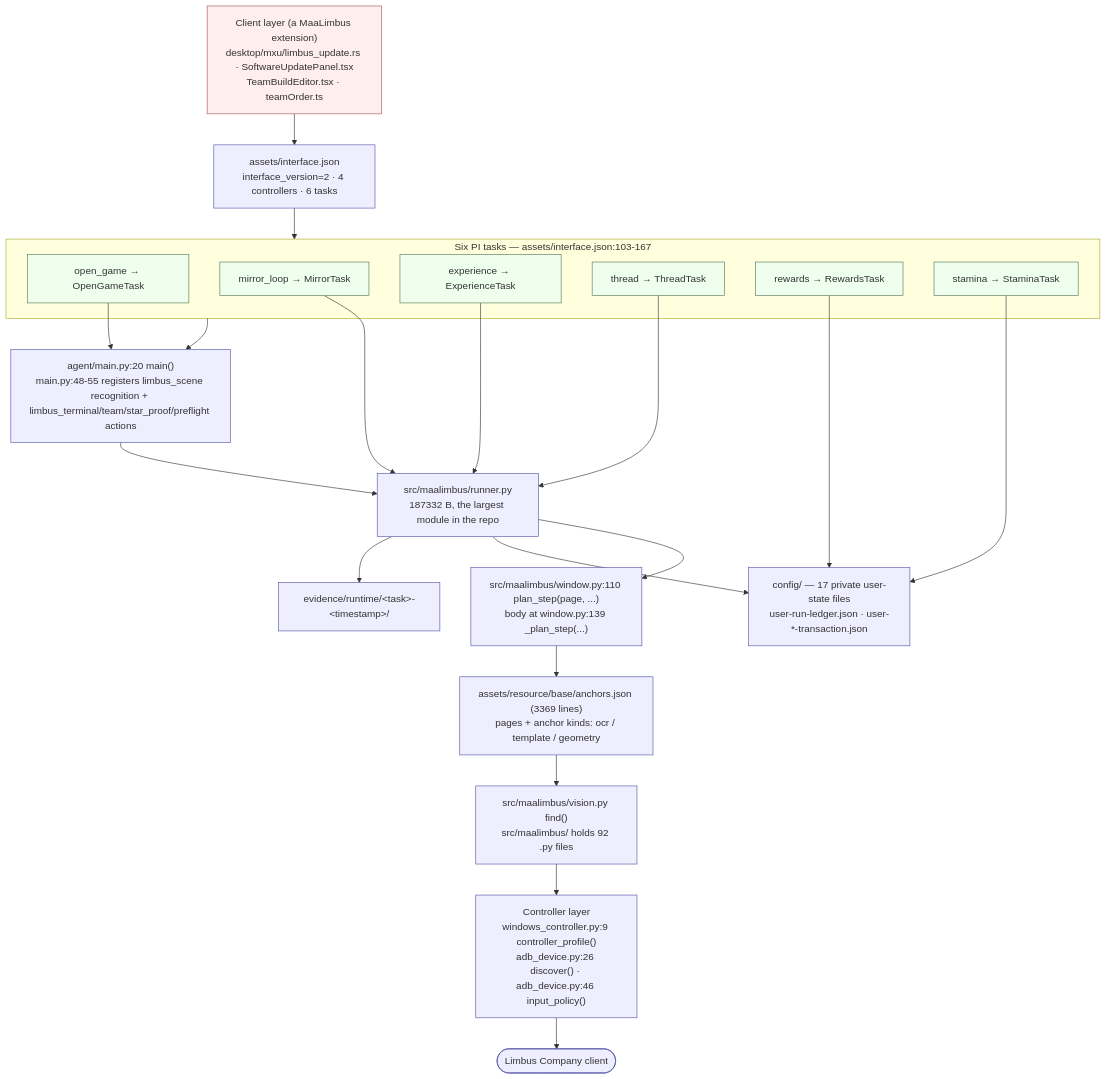
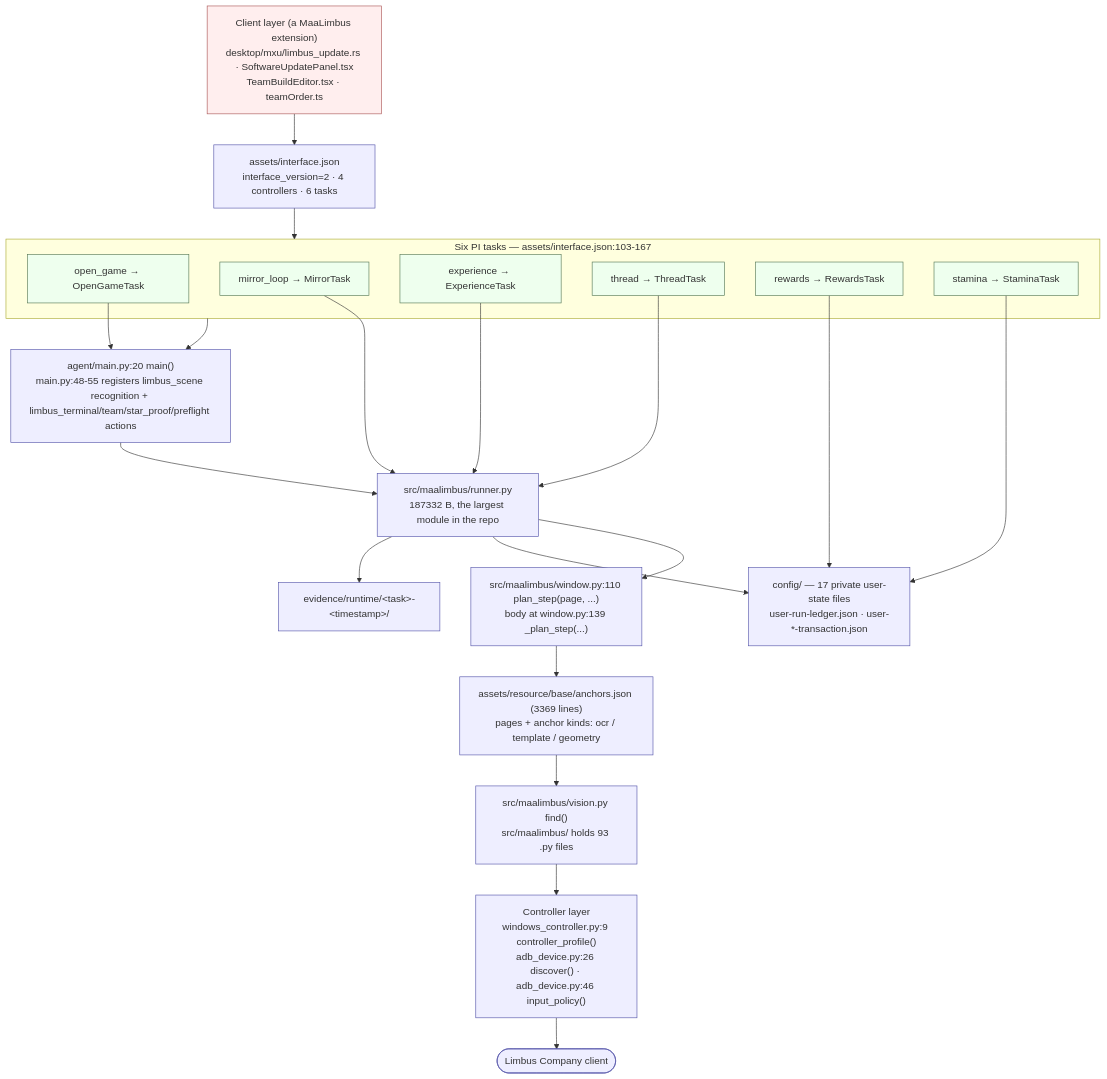
The first of 2 diagrams in docs/wiki/en_us/1-overview.md (sairaisaika/MaaLimbus), drawn with Mermaid before and after one commit. The commit also changed other lines of this file and 28 other files, not shown here.

Commit message:
Fix entry reconciliation shadowing and document engineering diagram semantics

````diff
--- a/docs/wiki/en_us/1-overview.md
+++ b/docs/wiki/en_us/1-overview.md
@@ -58,45 +58,45 @@
 ```mermaid
 flowchart TB
   classDef ext fill:#fee,stroke:#a55
   classDef shared fill:#eef,stroke:#55a
   classDef task fill:#efe,stroke:#575
 
   subgraph TASKS["Six PI tasks — assets/interface.json:103-167"]
     T1["open_game → OpenGameTask"]:::task
     T2["mirror_loop → MirrorTask"]:::task
     T3["experience → ExperienceTask"]:::task
     T4["thread → ThreadTask"]:::task
     T5["rewards → RewardsTask"]:::task
     T6["stamina → StaminaTask"]:::task
   end
 
   MXU["Client layer (a MaaLimbus extension)<br/>desktop/mxu/limbus_update.rs · SoftwareUpdatePanel.tsx<br/>TeamBuildEditor.tsx · teamOrder.ts"]:::ext
   IF["assets/interface.json<br/>interface_version=2 · 4 controllers · 6 tasks"]:::shared
   AG["agent/main.py:20 main()<br/>main.py:48-55 registers limbus_scene recognition + limbus_terminal/team/star_proof/preflight actions"]:::shared
   RUN["src/maalimbus/runner.py<br/>187332 B, the largest module in the repo"]:::shared
   PLAN["src/maalimbus/window.py:110 plan_step(page, ...)<br/>body at window.py:139 _plan_step(...)"]:::shared
   ANCH["assets/resource/base/anchors.json (3369 lines)<br/>pages + anchor kinds: ocr / template / geometry"]:::shared
-  VIS["src/maalimbus/vision.py find()<br/>src/maalimbus/ holds 92 .py files"]:::shared
+  VIS["src/maalimbus/vision.py find()<br/>src/maalimbus/ holds 93 .py files"]:::shared
   CTL["Controller layer<br/>windows_controller.py:9 controller_profile()<br/>adb_device.py:26 discover() · adb_device.py:46 input_policy()"]:::shared
   GAME(["Limbus Company client"]):::shared
   CFG["config/ — 17 private user-state files<br/>user-run-ledger.json · user-*-transaction.json"]:::shared
   EV["evidence/runtime/&lt;task&gt;-&lt;timestamp&gt;/"]:::shared
 
   MXU --> IF
   IF --> TASKS
   TASKS --> AG
   T1 --> AG
   T2 --> RUN
   T3 --> RUN
   T4 --> RUN
   T5 --> CFG
   T6 --> CFG
   AG --> RUN
   RUN --> PLAN
   RUN --> CFG
   RUN --> EV
   PLAN --> ANCH
   ANCH --> VIS
   VIS --> CTL
   CTL --> GAME
 ```
````
